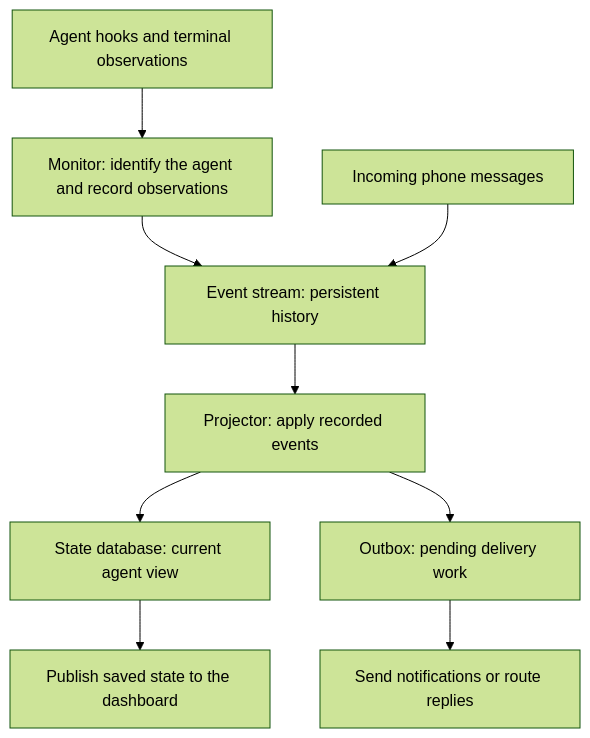
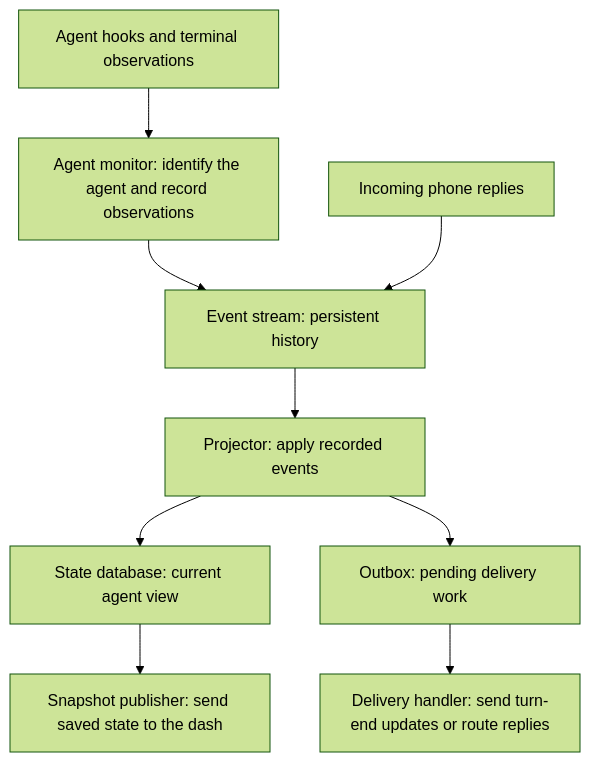
The second of 2 diagrams in docs/explanations/architecture.md (kahgeh/harold), drawn with Mermaid (forest theme) before and after one commit. The commit also changed other lines of this file, not shown here.

Commit message:
Rewrite the architecture file in the pod template and the glossary's words

````diff
--- a/docs/explanations/architecture.md
+++ b/docs/explanations/architecture.md
@@ -24,11 +150,11 @@
 ```mermaid
 flowchart TD
-    A["Agent hooks and terminal observations"] --> B["Monitor: identify the agent and record observations"]
+    A["Agent hooks and terminal observations"] --> B["Agent monitor: identify the agent and record observations"]
     B --> C["Event stream: persistent history"]
-    D["Incoming phone messages"] --> C
+    D["Incoming phone replies"] --> C
     C --> E["Projector: apply recorded events"]
     E --> F["State database: current agent view"]
     E --> G["Outbox: pending delivery work"]
-    F --> H["Publish saved state to the dashboard"]
-    G --> I["Send notifications or route replies"]
+    F --> H["Snapshot publisher: send saved state to the dash"]
+    G --> I["Delivery handler: send turn-end updates or route replies"]
 ```
````
